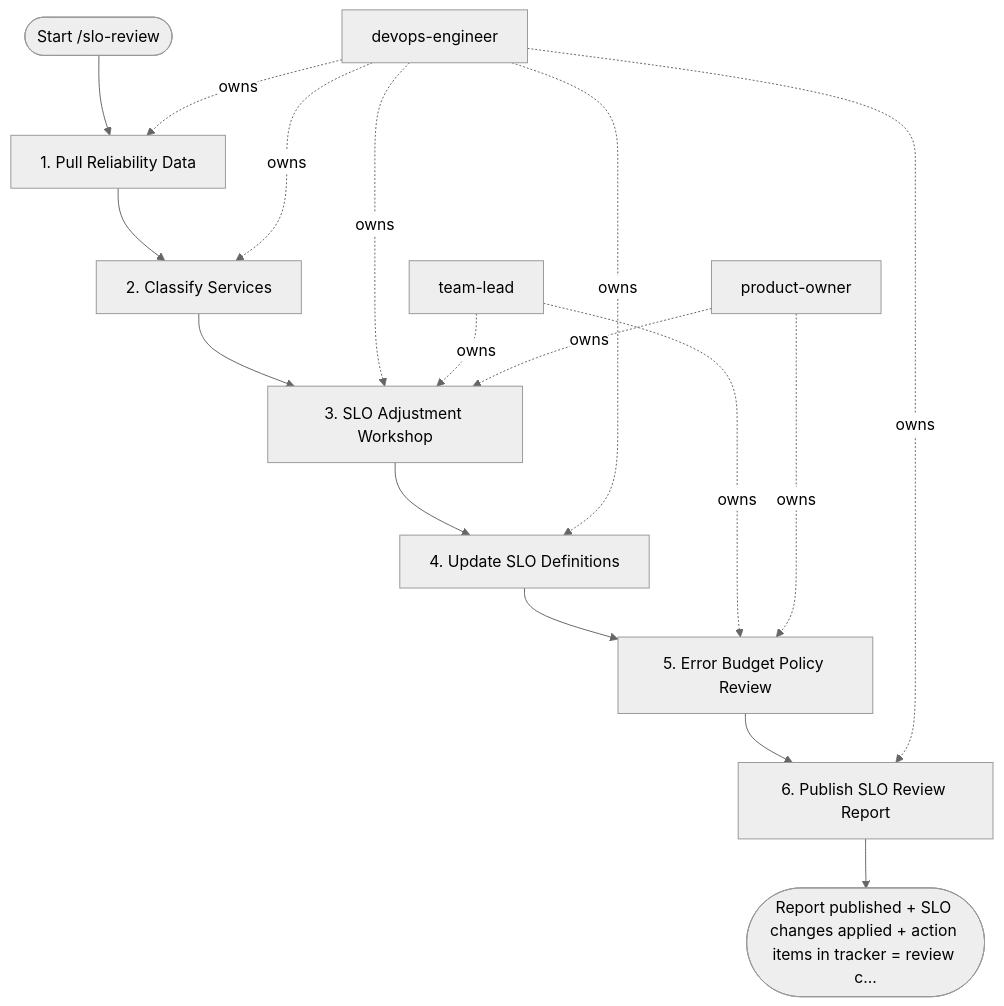
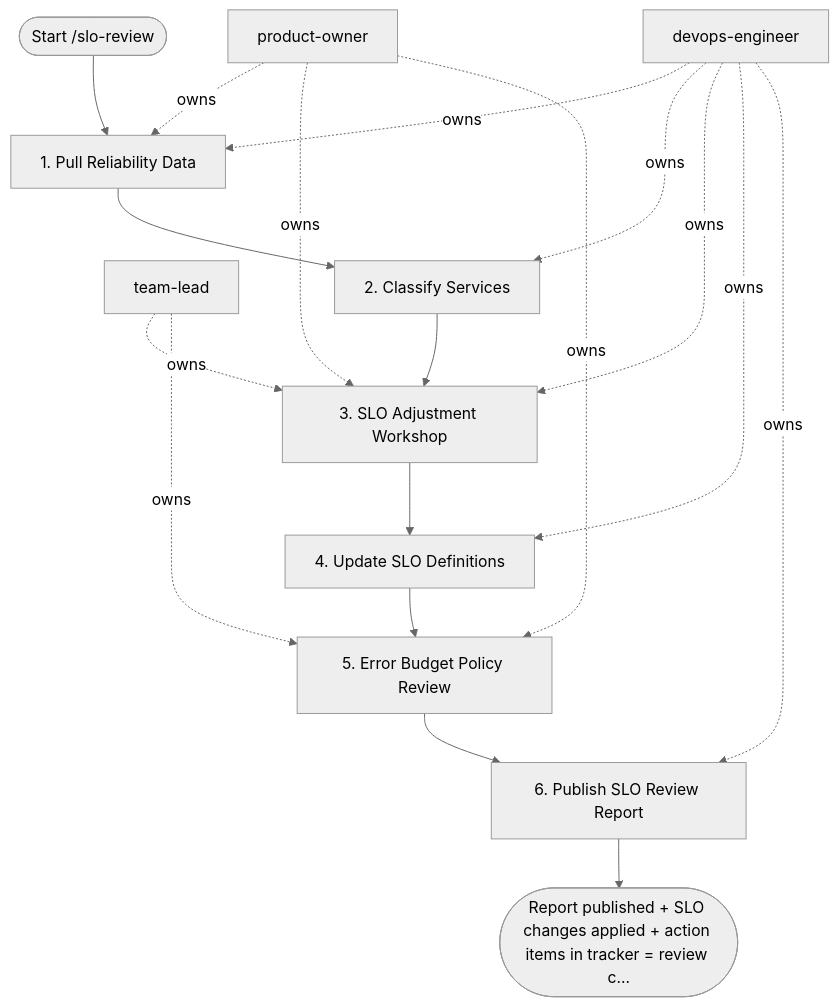
One commit to sawrus/agent-guides changed the diagram in areas/devops/sre/workflows/slo-review.md. Above: the diagram before and after it, drawn with Mermaid (neutral theme). The commit also changed other lines of this file and 76 other files, not shown here.

Commit message:
Standardize workflow product owner initiation

````diff
--- a/areas/devops/sre/workflows/slo-review.md
+++ b/areas/devops/sre/workflows/slo-review.md
@@ -96,30 +96,31 @@
 ```mermaid
 flowchart TD
   start(["Start /slo-review"])
-  role_1["devops-engineer"]
-  role_2["team-lead"]
-  role_3["product-owner"]
+  role_1["product-owner"]
+  role_2["devops-engineer"]
+  role_3["team-lead"]
   step_1["1. Pull Reliability Data"]
   step_2["2. Classify Services"]
   step_3["3. SLO Adjustment Workshop"]
   step_4["4. Update SLO Definitions"]
   step_5["5. Error Budget Policy Review"]
   step_6["6. Publish SLO Review Report"]
   exit(["Report published + SLO changes applied + action items in tracker = review c..."])
   start --> step_1
   step_1 --> step_2
   step_2 --> step_3
   step_3 --> step_4
   step_4 --> step_5
   step_5 --> step_6
   step_6 --> exit
   role_1 -. owns .-> step_1
-  role_1 -. owns .-> step_2
-  role_1 -. owns .-> step_3
+  role_2 -. owns .-> step_1
+  role_2 -. owns .-> step_2
   role_2 -. owns .-> step_3
   role_3 -. owns .-> step_3
-  role_1 -. owns .-> step_4
-  role_2 -. owns .-> step_5
+  role_1 -. owns .-> step_3
+  role_2 -. owns .-> step_4
   role_3 -. owns .-> step_5
-  role_1 -. owns .-> step_6
+  role_1 -. owns .-> step_5
+  role_2 -. owns .-> step_6
 ```
````
